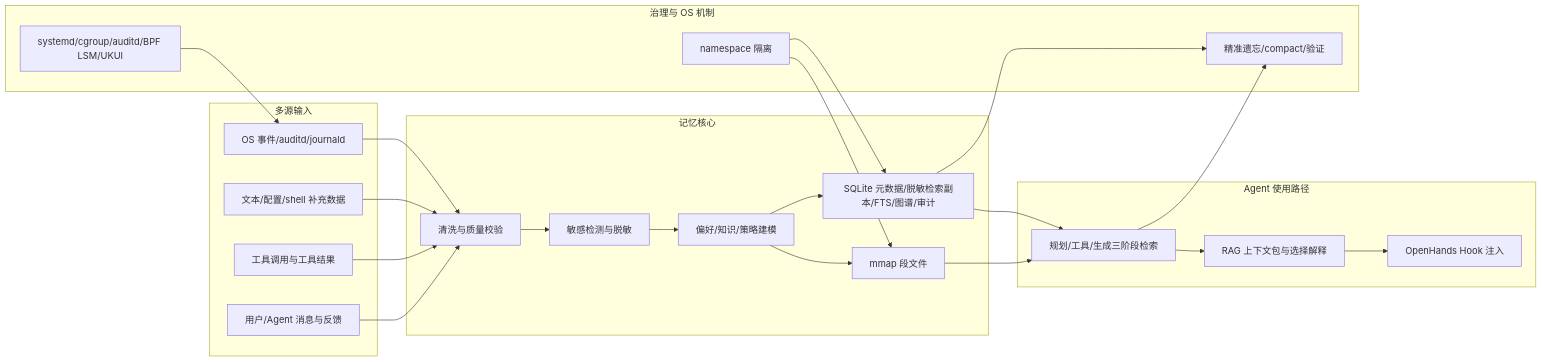
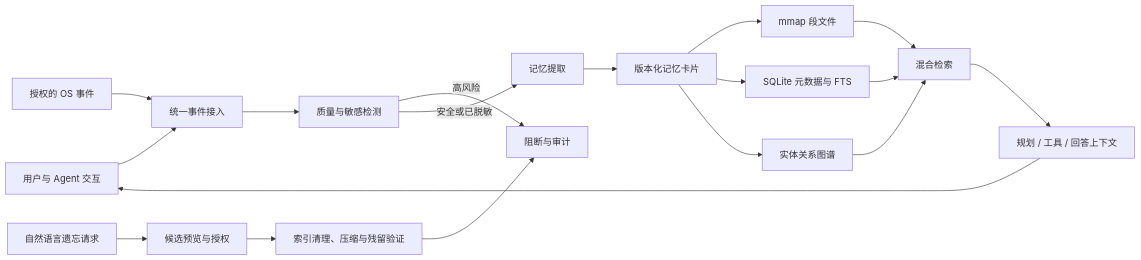
One commit to Alexd-star/memguardos changed the diagram in README.md. Above: the diagram before and after it, drawn with Mermaid. The commit also changed other lines of this file and 530 other files, not shown here.

````diff
--- a/README.md
+++ b/README.md
@@ -88,47 +113,20 @@
 ```mermaid
 flowchart LR
-    subgraph Sources["多源输入"]
-        A["用户/Agent 消息与反馈"]
-        B["工具调用与工具结果"]
-        C["文本/配置/shell 补充数据"]
-        D["OS 事件/auditd/journald"]
-    end
-
-    subgraph Core["记忆核心"]
-        E["清洗与质量校验"]
-        F["敏感检测与脱敏"]
-        G["偏好/知识/策略建模"]
-        H["mmap 段文件"]
-        I["SQLite 元数据/脱敏检索副本/FTS/图谱/审计"]
-    end
-
-    subgraph Use["Agent 使用路径"]
-        J["规划/工具/生成三阶段检索"]
-        K["RAG 上下文包与选择解释"]
-        L["OpenHands Hook 注入"]
-    end
-
-    subgraph Govern["治理与 OS 机制"]
-        M["精准遗忘/compact/验证"]
-        N["namespace 隔离"]
-        O["systemd/cgroup/auditd/BPF LSM/UKUI"]
-    end
-
-    A --> E
-    B --> E
-    C --> E
-    D --> E
-    E --> F
-    F --> G
-    G --> H
-    G --> I
+    A["用户与 Agent 交互"] --> B["统一事件接入"]
+    O["授权的 OS 事件"] --> B
+    B --> C["质量与敏感检测"]
+    C -->|"高风险"| D["阻断与审计"]
+    C -->|"安全或已脱敏"| E["记忆提取"]
+    E --> F["版本化记忆卡片"]
+    F --> G["mmap 段文件"]
+    F --> H["SQLite 元数据与 FTS"]
+    F --> I["实体关系图谱"]
+    G --> J["混合检索"]
     H --> J
     I --> J
-    J --> K
-    K --> L
-    J --> M
-    I --> M
-    N --> H
-    N --> I
-    O --> D
+    J --> K["规划 / 工具 / 回答上下文"]
+    K --> A
+    L["自然语言遗忘请求"] --> M["候选预览与授权"]
+    M --> N["索引清理、压缩与残留验证"]
+    N --> D
 ```
````
